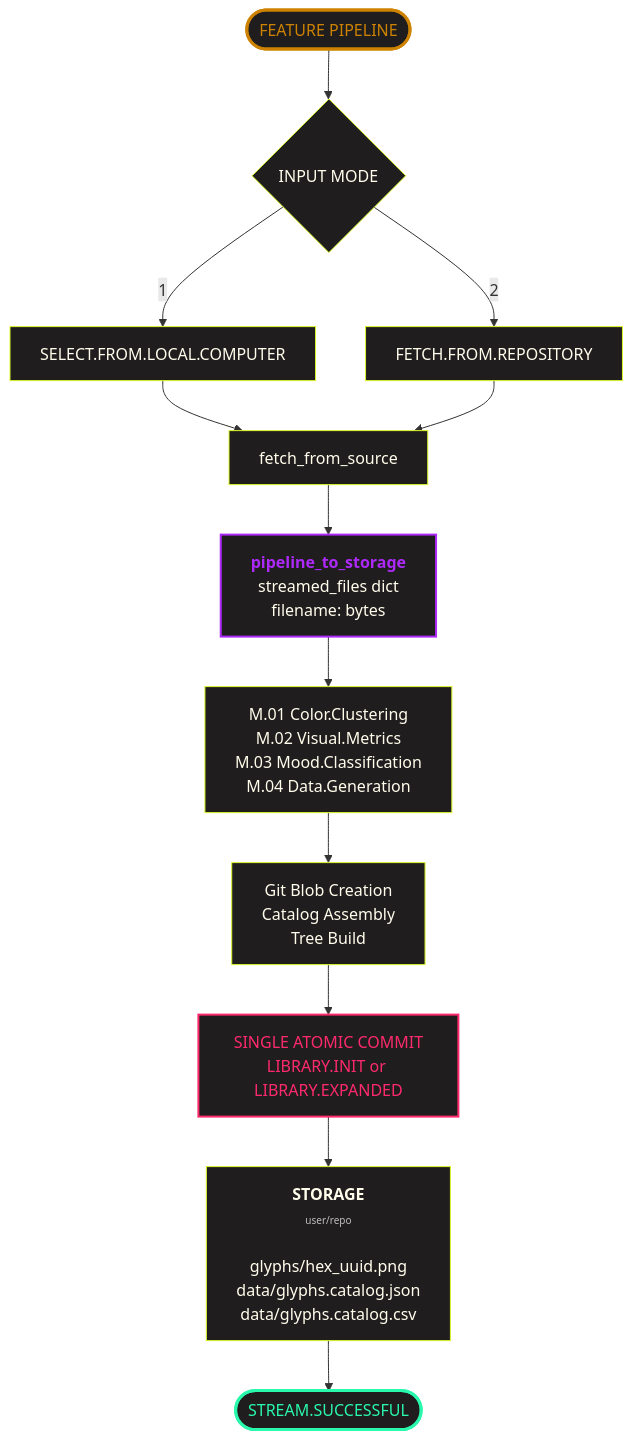
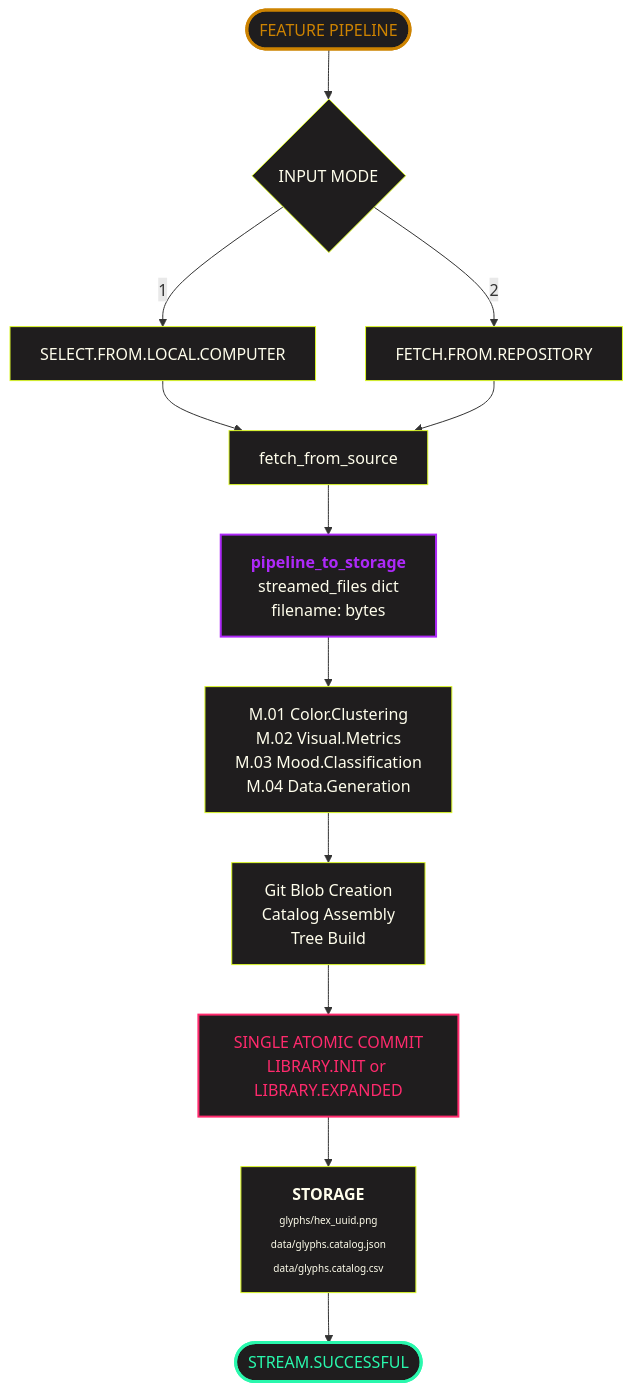
Before and after one commit to dduyg/sandbox: the second of 2 diagrams in README.md, drawn with Mermaid.

````diff
--- a/README.md
+++ b/README.md
@@ -96,34 +96,34 @@
 ```mermaid
 flowchart TD
     Start([FEATURE PIPELINE]) --> InputMode{INPUT MODE}
     
     InputMode -->|1| Local["SELECT.FROM.LOCAL.COMPUTER"]
     InputMode -->|2| Remote["FETCH.FROM.REPOSITORY"]
     
     Local --> Fetch["fetch_from_source"]
     Remote --> Fetch
     
     Fetch --> Pipeline["<b>pipeline_to_storage</b><br/><span style='color:#FFFEEC'>streamed_files dict<br/>filename: bytes</span>"]
     
     Pipeline --> Processing["M.01 Color.Clustering<br/>M.02 Visual.Metrics<br/>M.03 Mood.Classification<br/>M.04 Data.Generation"]
     
     Processing --> GitOps["Git Blob Creation<br/>Catalog Assembly<br/>Tree Build"]
     
     GitOps --> Commit[SINGLE ATOMIC COMMIT<br/>LIBRARY.INIT or LIBRARY.EXPANDED]
     
-    Commit --> Storage["<b>STORAGE</b><br/><span style='font-size:10px; color:#BDBEBD'>user/repo</span><br/><br/><span style='color:#FFFEEC'>glyphs/hex_uuid.png<br/>data/glyphs.catalog.json<br/>data/glyphs.catalog.csv</span>"]
+    Commit --> Storage["<b>STORAGE</b><br/><span style='font-size:10px;color:#FFFEEC'>glyphs/hex_uuid.png<br/>data/glyphs.catalog.json<br/>data/glyphs.catalog.csv</span>"]
     
     Storage --> Success([STREAM.SUCCESSFUL])
     
     style Start fill:#1F1D1E,stroke:#CD8301,stroke-width:3px,color:#CD8301
     style Pipeline fill:#1F1D1E,stroke:#AD29F8,stroke-width:2px,color:#AD29F8
     style Commit fill:#1F1D1E,stroke:#ff2a6d,stroke-width:2px,color:#ff2a6d
     style Success fill:#1F1D1E,stroke:#29F8AD,stroke-width:3px,color:#29F8AD
     style Processing fill:#1F1D1E,stroke:#DCF829,stroke-width:1px,color:#FFFEEC
     style GitOps fill:#1F1D1E,stroke:#DCF829,stroke-width:1px,color:#FFFEEC
     style Storage fill:#1F1D1E,stroke:#DCF829,stroke-width:1px,color:#FFFEEC
     style InputMode fill:#1F1D1E,stroke:#DCF829,stroke-width:1px,color:#FFFEEC
     style Local fill:#1F1D1E,stroke:#DCF829,stroke-width:1px,color:#FFFEEC
     style Remote fill:#1F1D1E,stroke:#DCF829,stroke-width:1px,color:#FFFEEC
     style Fetch fill:#1F1D1E,stroke:#DCF829,stroke-width:1px,color:#FFFEEC
 ```
````
